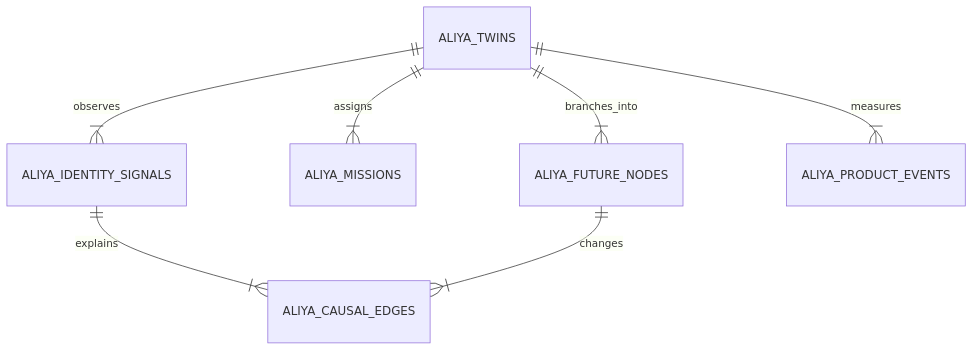
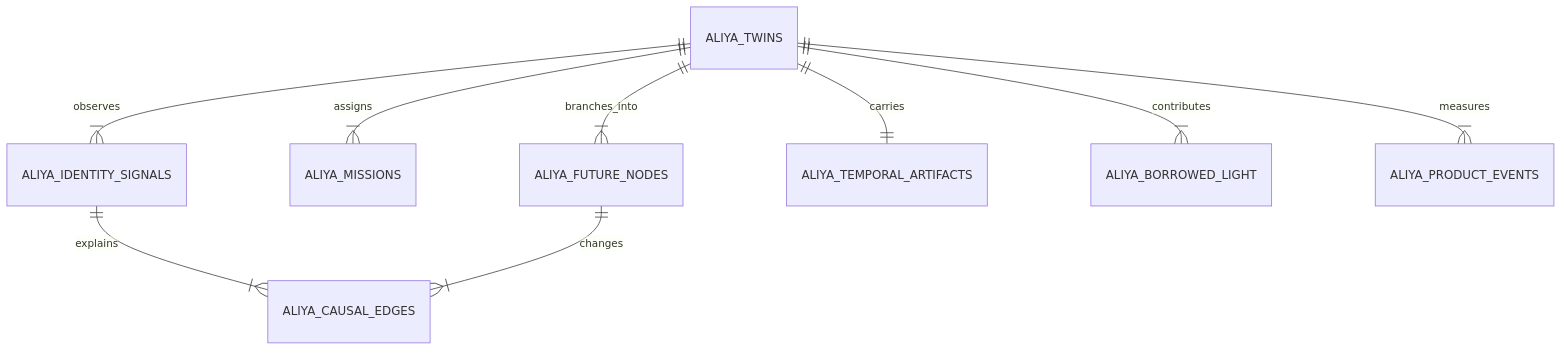
The diagram in docs/neural-architecture.md (Tahiram32/Aliya), drawn with Mermaid before and after one commit. The commit also changed other lines of this file and 19 other files, not shown here.

Commit message:
Build Aliya's temporal possibility field

````diff
--- a/docs/neural-architecture.md
+++ b/docs/neural-architecture.md
@@ -12,9 +12,11 @@
 ```mermaid
 erDiagram
     ALIYA_TWINS ||--|{ ALIYA_FUTURE_NODES : branches_into
     ALIYA_TWINS ||--|{ ALIYA_MISSIONS : assigns
     ALIYA_TWINS ||--|{ ALIYA_IDENTITY_SIGNALS : observes
     ALIYA_IDENTITY_SIGNALS ||--|{ ALIYA_CAUSAL_EDGES : explains
     ALIYA_FUTURE_NODES ||--|{ ALIYA_CAUSAL_EDGES : changes
+    ALIYA_TWINS ||--|| ALIYA_TEMPORAL_ARTIFACTS : carries
+    ALIYA_TWINS ||--|{ ALIYA_BORROWED_LIGHT : contributes
     ALIYA_TWINS ||--|{ ALIYA_PRODUCT_EVENTS : measures
 ```
````
